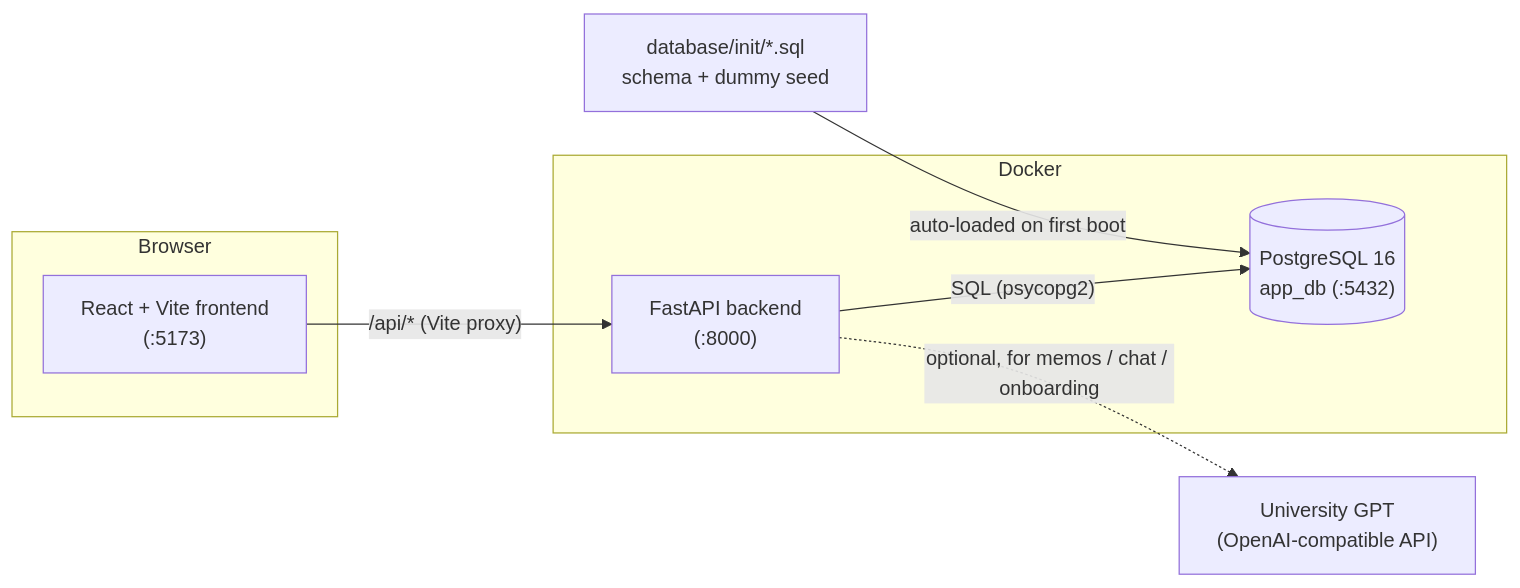
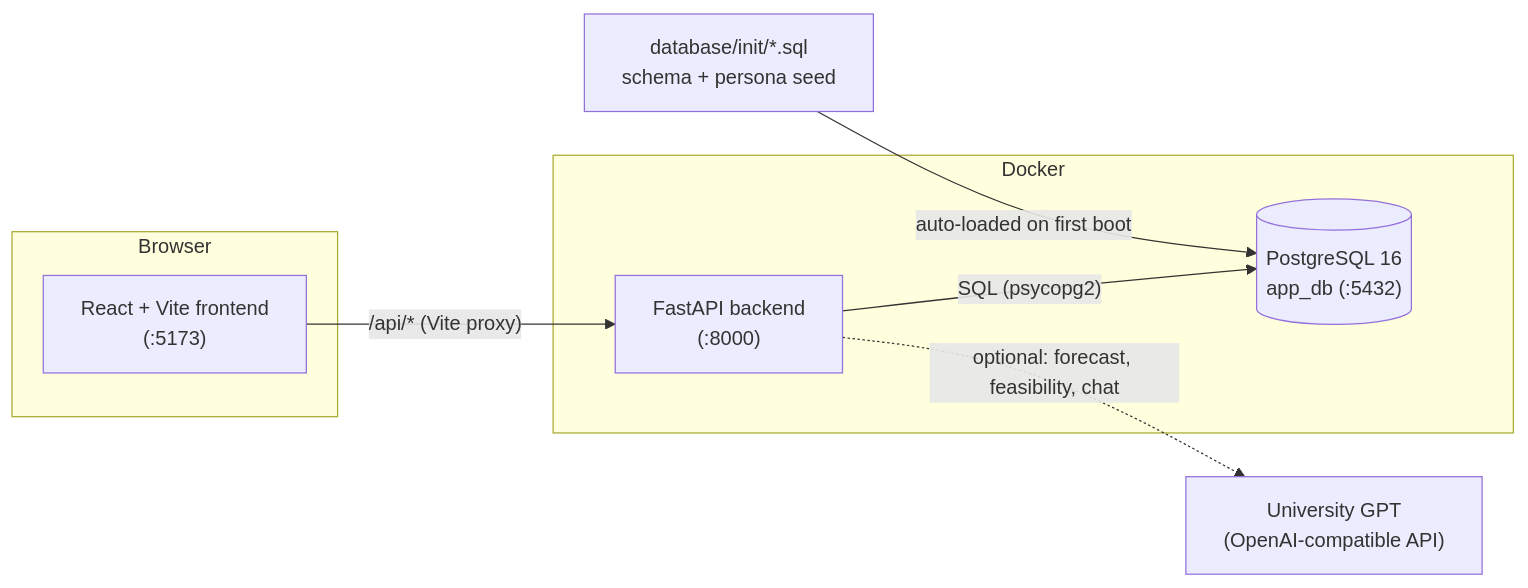
The first of 5 diagrams in backend/README.md (tjorgeo/AIIM_DB_mobility_advisior), drawn with Mermaid before and after one commit. The commit also changed other lines of this file and 25 other files, not shown here.

````diff
--- a/backend/README.md
+++ b/backend/README.md
@@ -16,17 +21,17 @@
 ```mermaid
 flowchart LR
     subgraph Browser
         FE["React + Vite frontend<br/>(:5173)"]
     end
     subgraph Docker
         BE["FastAPI backend<br/>(:8000)"]
         DB[("PostgreSQL 16<br/>app_db (:5432)")]
     end
     LLM["University GPT<br/>(OpenAI-compatible API)"]
 
     FE -- "/api/* (Vite proxy)" --> BE
     BE -- "SQL (psycopg2)" --> DB
-    BE -. "optional, for memos / chat / onboarding" .-> LLM
+    BE -. "optional: forecast, feasibility, chat" .-> LLM
 
-    INIT["database/init/*.sql<br/>schema + dummy seed"] -- "auto-loaded on first boot" --> DB
+    INIT["database/init/*.sql<br/>schema + persona seed"] -- "auto-loaded on first boot" --> DB
 ```
````
